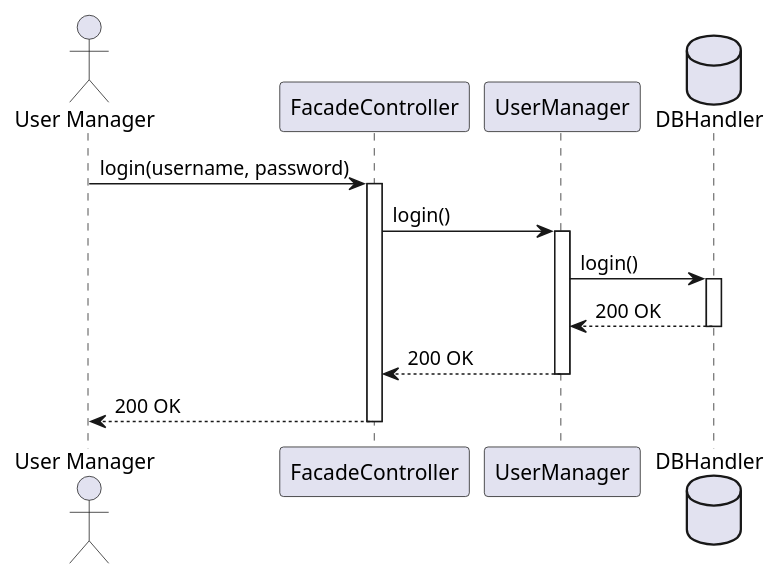
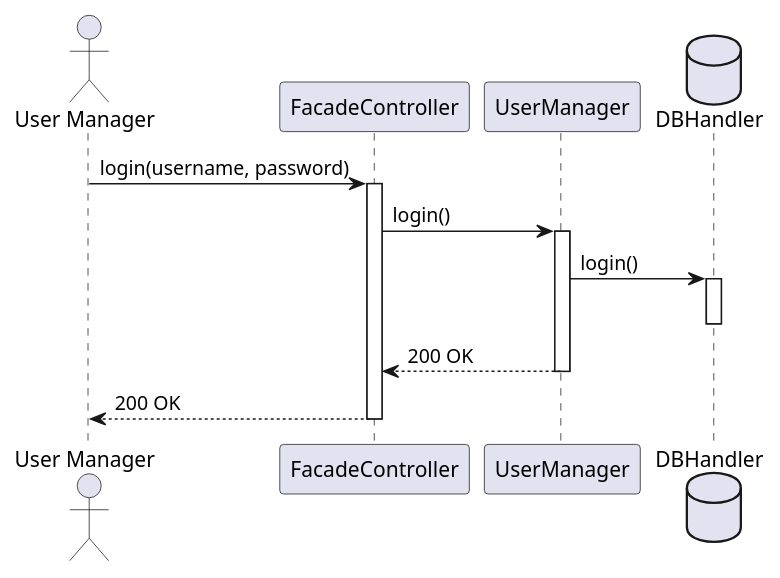
Diagram 12 of 16 in DesignDocument.md (stefanodevenuto/ezwh), drawn with PlantUML before and after one commit. The commit also changed other lines of this file, not shown here.

````diff
--- a/DesignDocument.md
+++ b/DesignDocument.md
@@ -1052,27 +1054,26 @@
 ```plantuml
 
 @startuml
 
 actor "User Manager" as User_Manager 
 
 User_Manager -> FacadeController : login(username, password)
 activate FacadeController
 
 FacadeController -> UserManager : login()
 activate  UserManager
 
 database "DBHandler" as DBHandler
 UserManager -> DBHandler : login()
 activate DBHandler
 
-DBHandler --> UserManager : 200 OK
 deactivate DBHandler
 
 UserManager --> FacadeController : 200 OK
 deactivate UserManager
 
 FacadeController --> User_Manager : 200 OK
 deactivate FacadeController
 @enduml 
 
 ```
````
